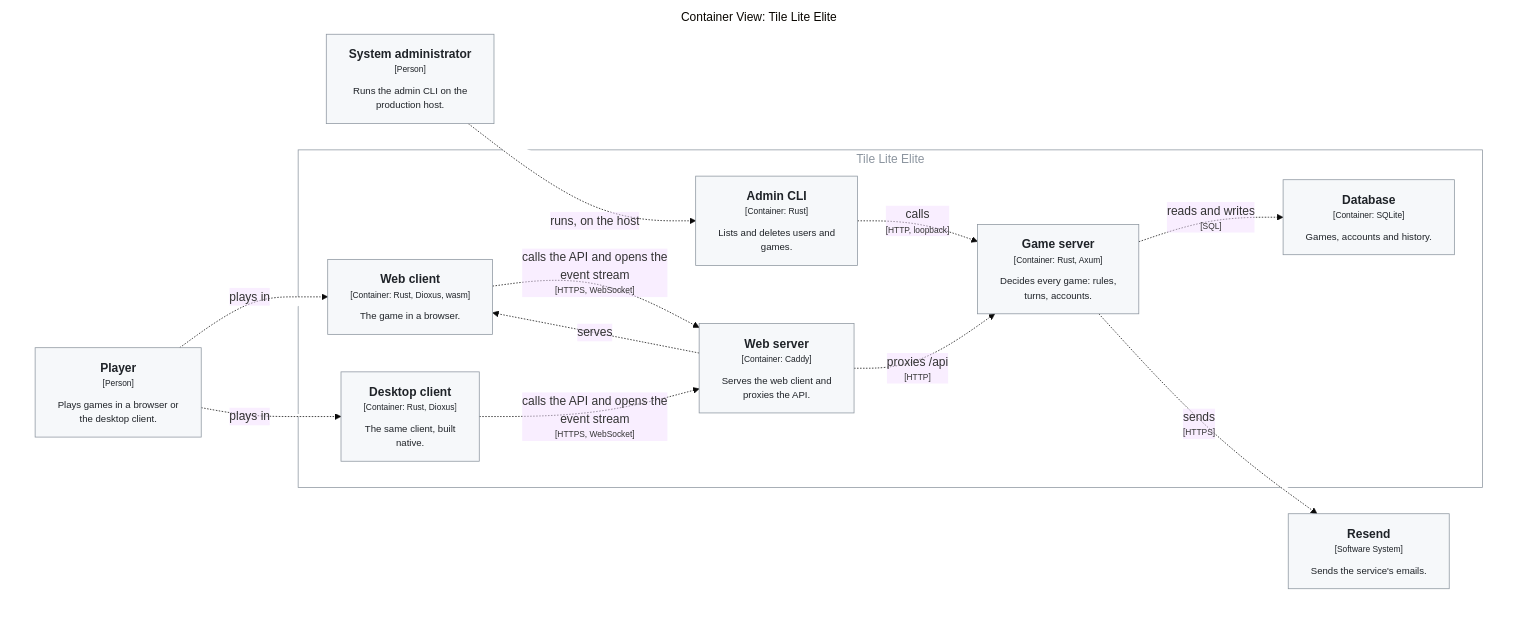
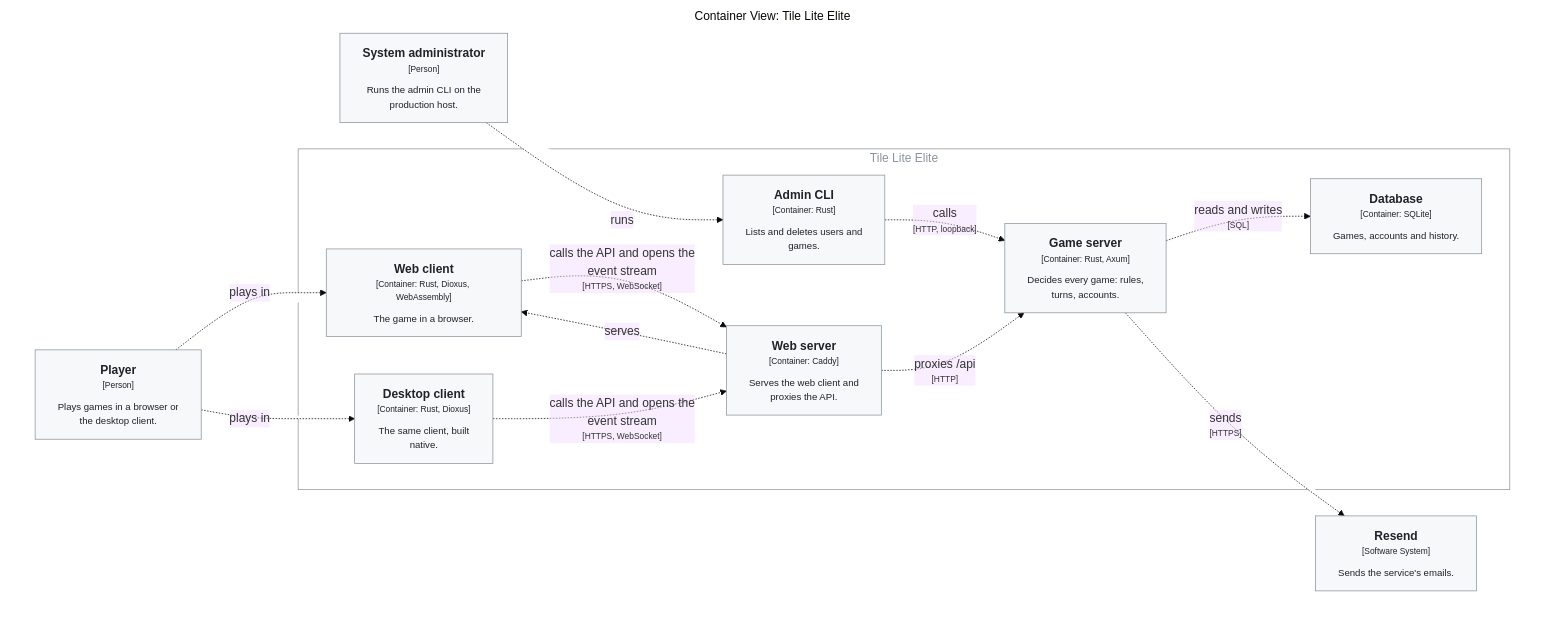
The first of 4 diagrams in docs/4.2.0-design-map.md (delphside/tile-lite-elite), drawn with Mermaid (base theme) before and after one commit. The commit also changed other lines of this file and 4 other files, not shown here.

````diff
--- a/docs/4.2.0-design-map.md
+++ b/docs/4.2.0-design-map.md
@@ -12,44 +12,44 @@
 ```mermaid
 graph TB
   linkStyle default fill:#ffffff
 
   subgraph diagram ["Container View: Tile Lite Elite"]
     style diagram fill:#ffffff,stroke:#ffffff
 
     1["<div style='font-weight: bold'>Player</div><div style='font-size: 70%; margin-top: 0px'>[Person]</div><div style='font-size: 80%; margin-top:10px'>Plays games in a browser or<br />the desktop client.</div>"]
     style 1 fill:#f6f8fa,stroke:#8c959f,color:#1f2328
     2["<div style='font-weight: bold'>System administrator</div><div style='font-size: 70%; margin-top: 0px'>[Person]</div><div style='font-size: 80%; margin-top:10px'>Runs the admin CLI on the<br />production host.</div>"]
     style 2 fill:#f6f8fa,stroke:#8c959f,color:#1f2328
     3["<div style='font-weight: bold'>Resend</div><div style='font-size: 70%; margin-top: 0px'>[Software System]</div><div style='font-size: 80%; margin-top:10px'>Sends the service's emails.</div>"]
     style 3 fill:#f6f8fa,stroke:#8c959f,color:#1f2328
 
     subgraph 4 ["Tile Lite Elite"]
       style 4 fill:#ffffff,stroke:#8c959f,color:#8c959f
 
       27["<div style='font-weight: bold'>Database</div><div style='font-size: 70%; margin-top: 0px'>[Container: SQLite]</div><div style='font-size: 80%; margin-top:10px'>Games, accounts and history.</div>"]
       style 27 fill:#f6f8fa,stroke:#8c959f,color:#1f2328
-      5["<div style='font-weight: bold'>Web client</div><div style='font-size: 70%; margin-top: 0px'>[Container: Rust, Dioxus, wasm]</div><div style='font-size: 80%; margin-top:10px'>The game in a browser.</div>"]
+      5["<div style='font-weight: bold'>Web client</div><div style='font-size: 70%; margin-top: 0px'>[Container: Rust, Dioxus, WebAssembly]</div><div style='font-size: 80%; margin-top:10px'>The game in a browser.</div>"]
       style 5 fill:#f6f8fa,stroke:#8c959f,color:#1f2328
       6["<div style='font-weight: bold'>Desktop client</div><div style='font-size: 70%; margin-top: 0px'>[Container: Rust, Dioxus]</div><div style='font-size: 80%; margin-top:10px'>The same client, built<br />native.</div>"]
       style 6 fill:#f6f8fa,stroke:#8c959f,color:#1f2328
       7["<div style='font-weight: bold'>Web server</div><div style='font-size: 70%; margin-top: 0px'>[Container: Caddy]</div><div style='font-size: 80%; margin-top:10px'>Serves the web client and<br />proxies the API.</div>"]
       style 7 fill:#f6f8fa,stroke:#8c959f,color:#1f2328
       8["<div style='font-weight: bold'>Admin CLI</div><div style='font-size: 70%; margin-top: 0px'>[Container: Rust]</div><div style='font-size: 80%; margin-top:10px'>Lists and deletes users and<br />games.</div>"]
       style 8 fill:#f6f8fa,stroke:#8c959f,color:#1f2328
       9["<div style='font-weight: bold'>Game server</div><div style='font-size: 70%; margin-top: 0px'>[Container: Rust, Axum]</div><div style='font-size: 80%; margin-top:10px'>Decides every game: rules,<br />turns, accounts.</div>"]
       style 9 fill:#f6f8fa,stroke:#8c959f,color:#1f2328
     end
 
     1-. "<div>plays in</div><div style='font-size: 70%'></div>" .->5
     1-. "<div>plays in</div><div style='font-size: 70%'></div>" .->6
-    2-. "<div>runs, on the host</div><div style='font-size: 70%'></div>" .->8
+    2-. "<div>runs</div><div style='font-size: 70%'></div>" .->8
     7-. "<div>serves</div><div style='font-size: 70%'></div>" .->5
     5-. "<div>calls the API and opens the<br />event stream</div><div style='font-size: 70%'>[HTTPS, WebSocket]</div>" .->7
     6-. "<div>calls the API and opens the<br />event stream</div><div style='font-size: 70%'>[HTTPS, WebSocket]</div>" .->7
     7-. "<div>proxies /api</div><div style='font-size: 70%'>[HTTP]</div>" .->9
     8-. "<div>calls</div><div style='font-size: 70%'>[HTTP, loopback]</div>" .->9
     9-. "<div>reads and writes</div><div style='font-size: 70%'>[SQL]</div>" .->27
     9-. "<div>sends</div><div style='font-size: 70%'>[HTTPS]</div>" .->3
 
   end
 ```
````
